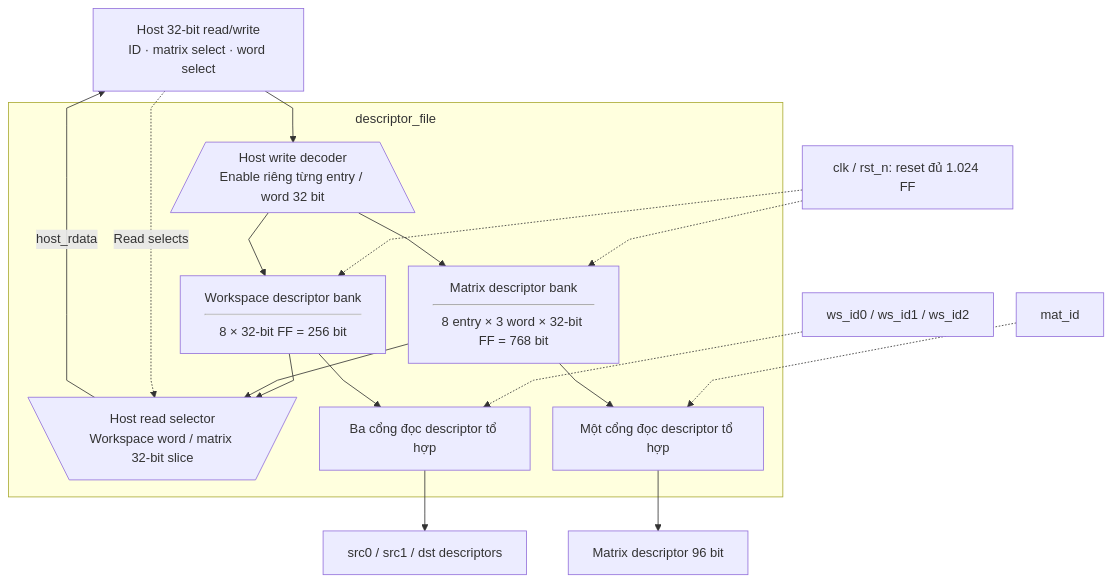
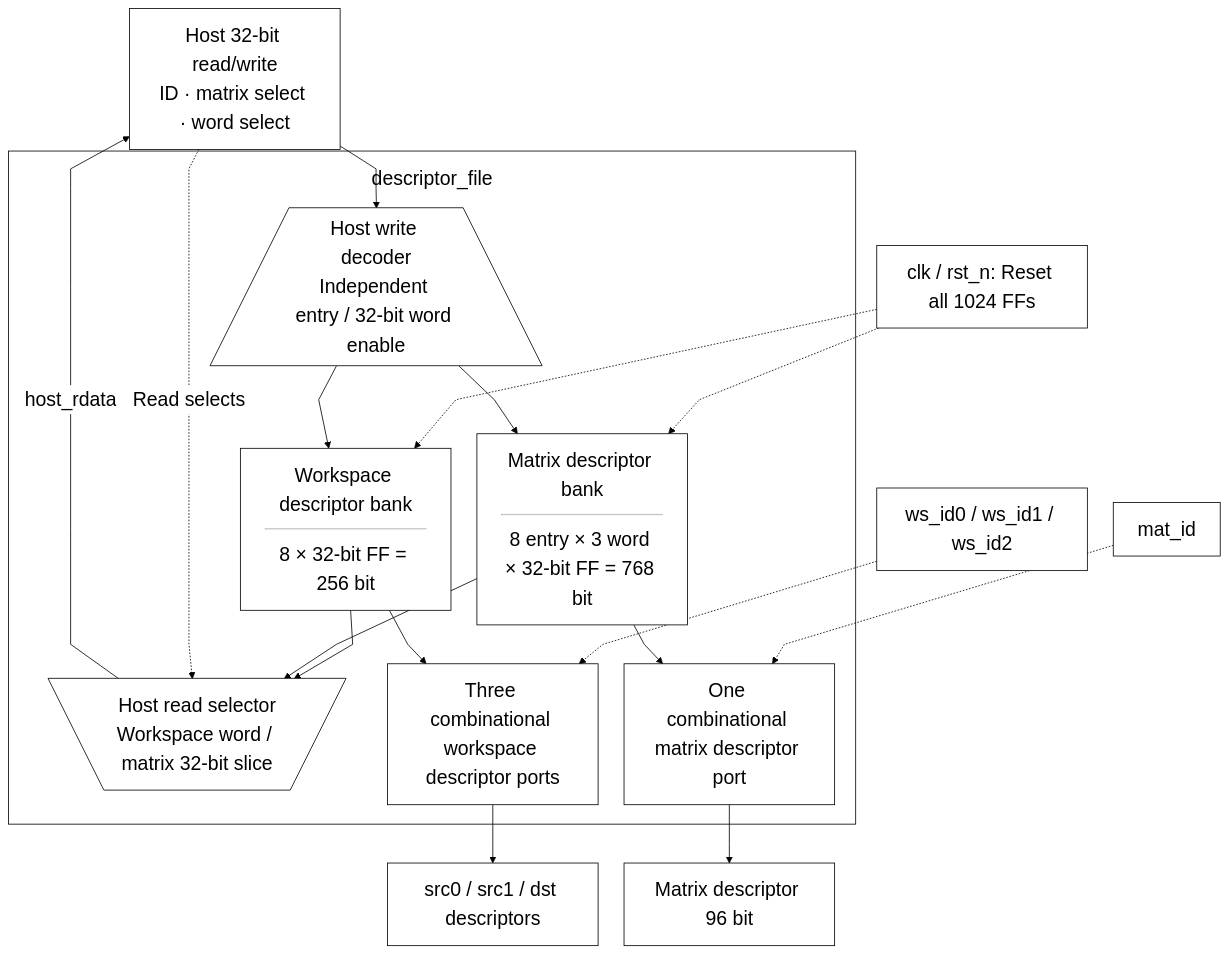
Before and after one commit to nguyennhutkhanhtom/NPU: the diagram in docs/source_guide/blocks/descriptor_file.sv.md, drawn with Mermaid. The commit also changed 102 other files, not shown here.

First line of the commit message:
docs: refresh guides and source-grounded RTL diagrams

````diff
--- a/docs/source_guide/blocks/descriptor_file.sv.md
+++ b/docs/source_guide/blocks/descriptor_file.sv.md
@@ -15,28 +15,30 @@
 ```mermaid
+%%{init: {"theme":"base","fontFamily":"Arial, sans-serif","themeVariables":{"fontSize":"24px","primaryColor":"#ffffff","primaryTextColor":"#000000","primaryBorderColor":"#000000","secondaryColor":"#ffffff","tertiaryColor":"#ffffff","lineColor":"#000000","textColor":"#000000","mainBkg":"#ffffff","nodeBorder":"#000000","clusterBkg":"#ffffff","clusterBorder":"#000000","edgeLabelBackground":"#ffffff"},"flowchart":{"htmlLabels":true,"useMaxWidth":false,"nodeSpacing":32,"rankSpacing":48,"curve":"linear","subGraphTitleMargin":{"top":16,"bottom":30}}}}%%
 flowchart TB
-%%{init: {"flowchart": {"subGraphTitleMargin": {"top": 8, "bottom": 20}, "nodeSpacing": 28, "rankSpacing": 42, "curve": "linear"}}}%%
-    H["Host 32-bit read/write<br/>ID · matrix select · word select"]
+H["Host 32-bit read/write<br/>ID · matrix select · word select"]
     subgraph DF["descriptor_file"]
-        WD@{ shape: trap-b, label: "Host write decoder<br/>Enable riêng từng entry / word 32 bit" }
+        WD@{ shape: trap-b, label: "Host write decoder<br/>Independent entry / 32-bit word enable" }
         W@{ shape: rect, label: "Workspace descriptor bank<hr/>8 × 32-bit FF = 256 bit" }
         M@{ shape: rect, label: "Matrix descriptor bank<hr/>8 entry × 3 word × 32-bit FF = 768 bit" }
         RM@{ shape: trap-t, label: "Host read selector<br/>Workspace word / matrix 32-bit slice" }
-        WR["Ba cổng đọc descriptor tổ hợp"]
-        MR["Một cổng đọc descriptor tổ hợp"]
+        WR["Three combinational workspace descriptor ports"]
+        MR["One combinational matrix descriptor port"]
     end
-    CLK["clk / rst_n: reset đủ 1.024 FF"] -.-> W
+    CLK["clk / rst_n: Reset all 1024 FFs"] -.-> W
     CLK -.-> M
     H --> WD
     WD --> W
     WD --> M
     W --> RM
     M --> RM
     H -.->|"Read selects"| RM
     RM -->|"host_rdata"| H
     IDS["ws_id0 / ws_id1 / ws_id2"] -.-> WR
     MID["mat_id"] -.-> MR
     W --> WR
     M --> MR
     WR --> WO["src0 / src1 / dst descriptors"]
     MR --> MO["Matrix descriptor 96 bit"]
+    classDef default fill:white,stroke:black,color:black,font-size:24px;
+    linkStyle default stroke:black,color:black;
 ```
````
